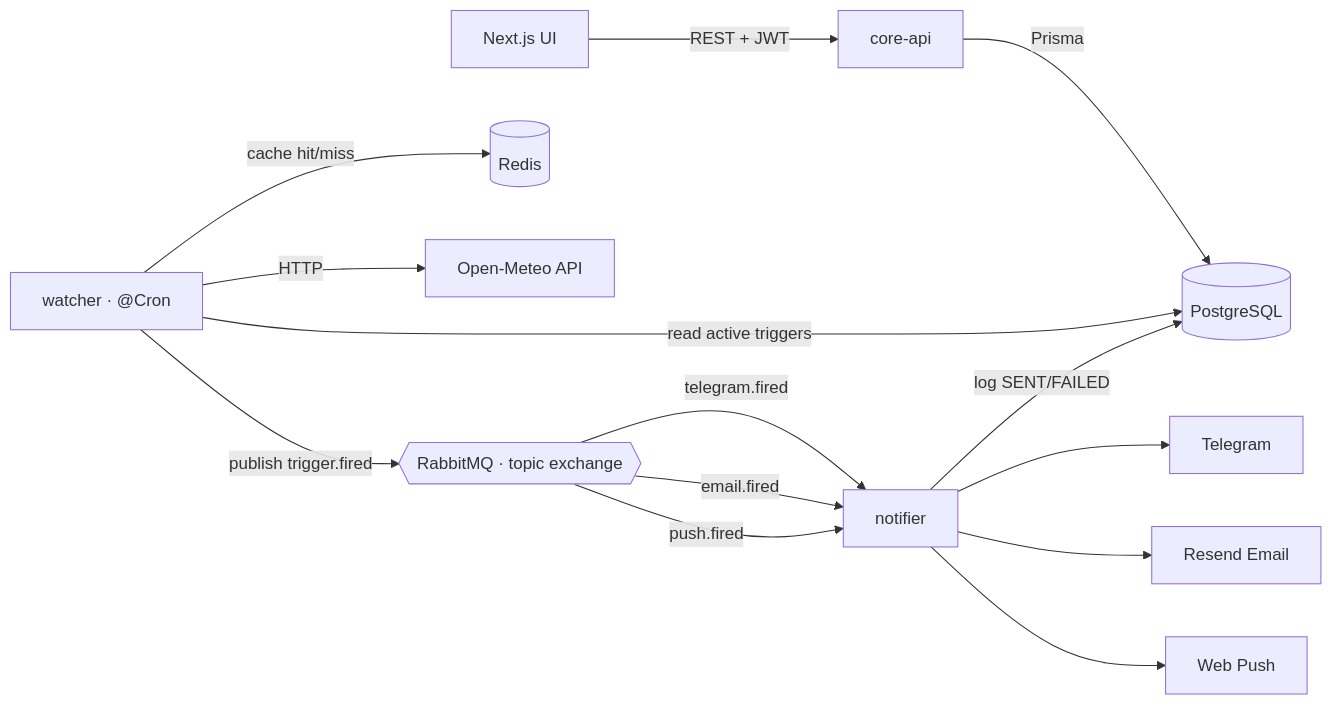
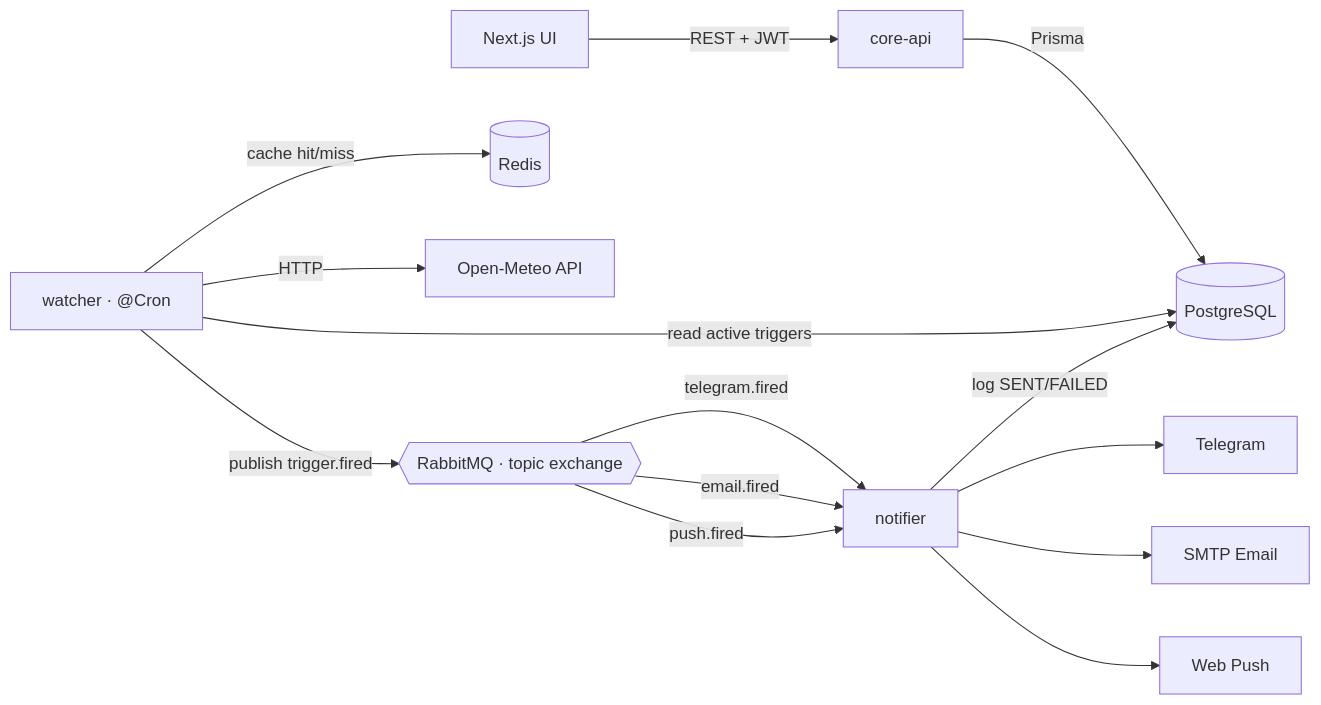
One commit to al3xb0/weather_notify changed the diagram in README.md. Above: the diagram before and after it, drawn with Mermaid. The commit also changed other lines of this file and 6 other files, not shown here.

First line of the commit message:
feat(mail): replace Resend with free Nodemailer SMTP transport

````diff
--- a/README.md
+++ b/README.md
@@ -11,16 +11,16 @@
 ```mermaid
 flowchart LR
     UI[Next.js UI] -->|REST + JWT| API[core-api]
     API -->|Prisma| PG[(PostgreSQL)]
     WATCH[watcher · @Cron] -->|read active triggers| PG
     WATCH -->|cache hit/miss| REDIS[(Redis)]
     WATCH -->|HTTP| OM[Open-Meteo API]
     WATCH -->|publish trigger.fired| MQ{{RabbitMQ · topic exchange}}
     MQ -->|telegram.fired| NOTIF[notifier]
     MQ -->|email.fired| NOTIF
     MQ -->|push.fired| NOTIF
     NOTIF --> TG[Telegram]
-    NOTIF --> MAIL[Resend Email]
+    NOTIF --> MAIL[SMTP Email]
     NOTIF --> WP[Web Push]
     NOTIF -->|log SENT/FAILED| PG
 ```
````
